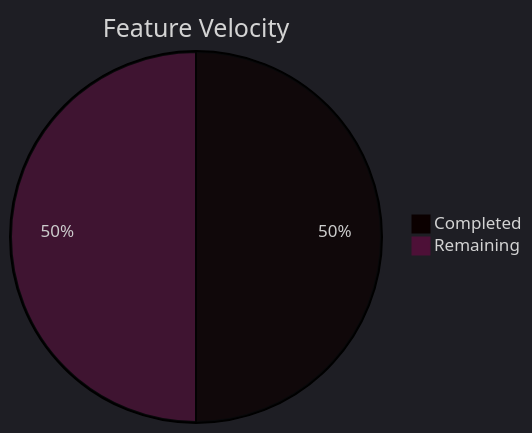
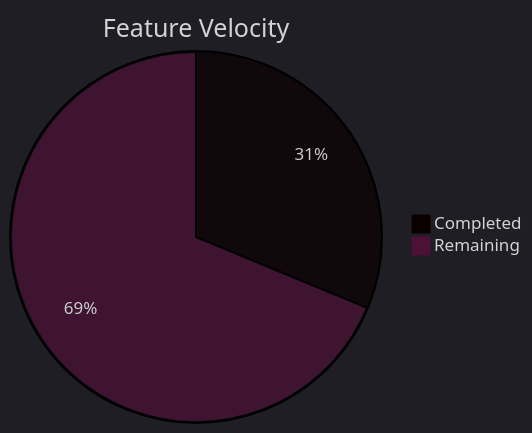
The fifth of 6 diagrams in tools/SK8Lytz_Bucket_List.md (Neogleamz/SK8Lytz), drawn with Mermaid before and after one commit. The commit also changed other lines of this file, not shown here.

Commit message:
fix(docs): synchronize pie charts with actual task distribution and historical offset

````diff
--- a/tools/SK8Lytz_Bucket_List.md
+++ b/tools/SK8Lytz_Bucket_List.md
@@ -79,6 +79,6 @@
 ```mermaid
 %%{init: {'theme': 'dark'}}%%
 pie title Feature Velocity
   "Completed" : 10
-  "Remaining" : 10
+  "Remaining" : 22
 ```
````
